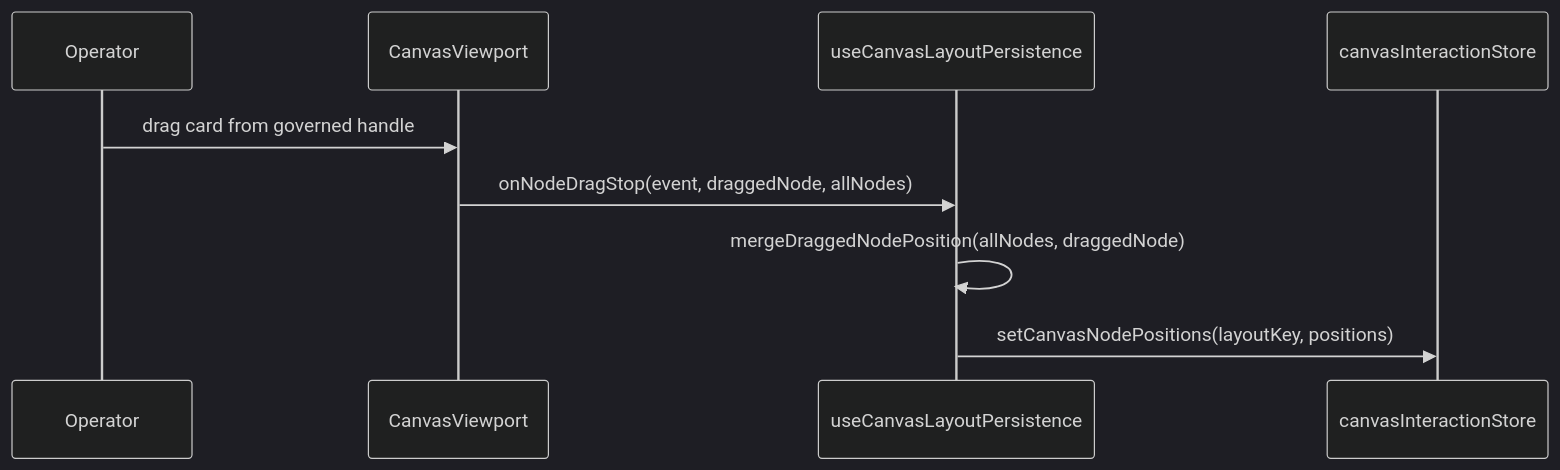
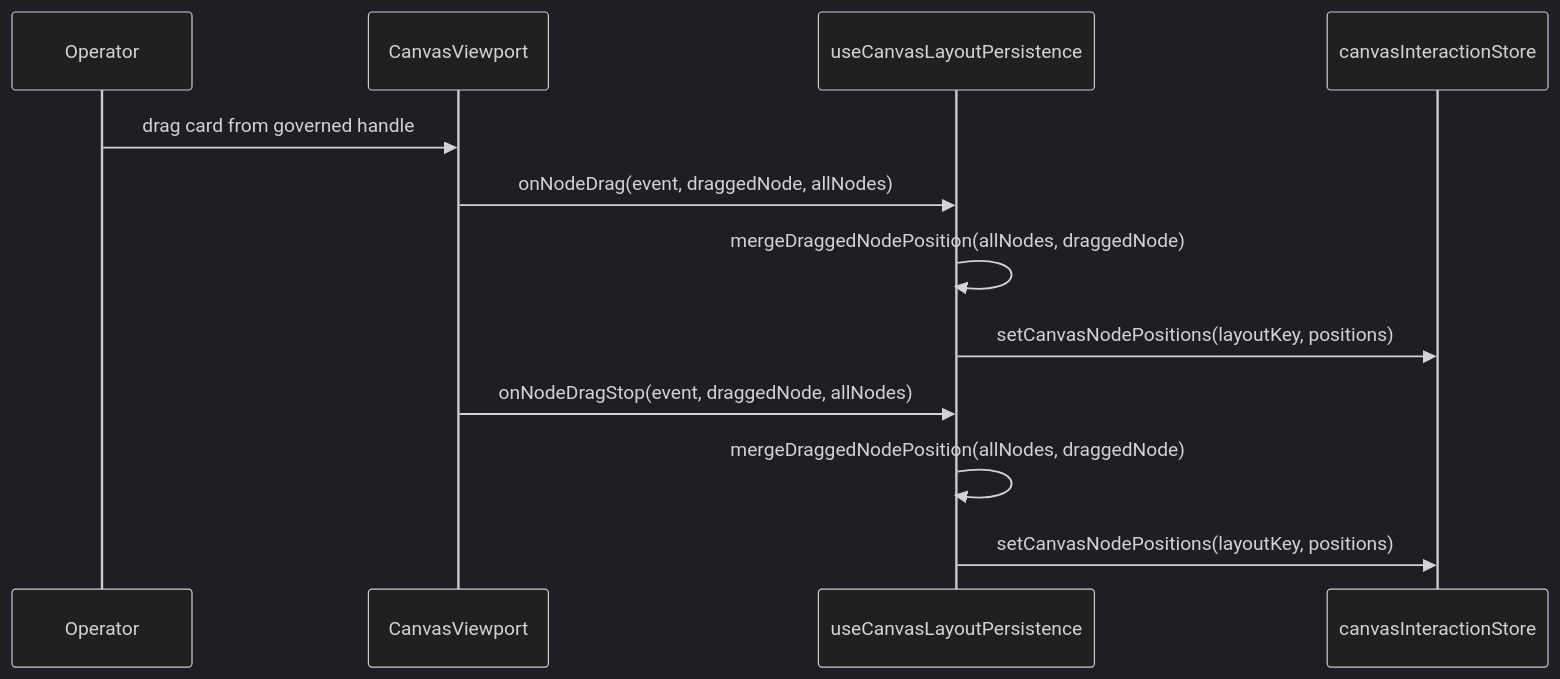
One commit to dunay2/dvt changed the first of 3 diagrams in docs/architecture/components/web/graph/canvas-layout-persistence-component.md. Above: the diagram before and after it, drawn with Mermaid (dark theme). The commit also changed other lines of this file and 47 other files, not shown here.

````diff
--- a/docs/architecture/components/web/graph/canvas-layout-persistence-component.md
+++ b/docs/architecture/components/web/graph/canvas-layout-persistence-component.md
@@ -58,12 +63,15 @@
 ```mermaid
 sequenceDiagram
   participant Operator
   participant Viewport as CanvasViewport
   participant Layout as useCanvasLayoutPersistence
   participant Store as canvasInteractionStore
 
   Operator->>Viewport: drag card from governed handle
+  Viewport->>Layout: onNodeDrag(event, draggedNode, allNodes)
+  Layout->>Layout: mergeDraggedNodePosition(allNodes, draggedNode)
+  Layout->>Store: setCanvasNodePositions(layoutKey, positions)
   Viewport->>Layout: onNodeDragStop(event, draggedNode, allNodes)
   Layout->>Layout: mergeDraggedNodePosition(allNodes, draggedNode)
   Layout->>Store: setCanvasNodePositions(layoutKey, positions)
 ```
````
